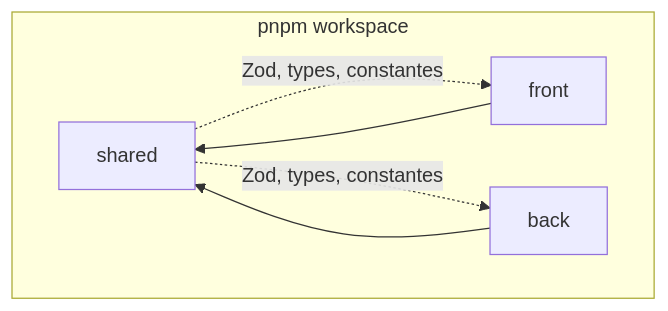
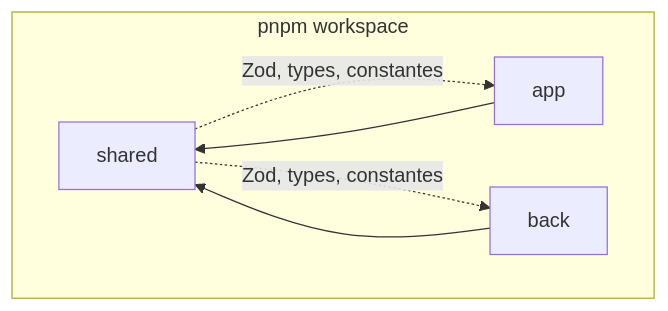
One commit to alice-444/ls_app changed the first of 4 diagrams in docs/arborescence.md. Above: the diagram before and after it, drawn with Mermaid. The commit also changed other lines of this file and 857 other files, not shown here.

````diff
--- a/docs/arborescence.md
+++ b/docs/arborescence.md
@@ -54,14 +54,14 @@
 ```mermaid
 flowchart TB
   subgraph Workspace["pnpm workspace"]
     shared["shared"]
-    front["front"]
+    app["app"]
     back["back"]
   end
 
-  front --> shared
+  app --> shared
   back --> shared
 
-  shared -.->|"Zod, types, constantes"| front
+  shared -.->|"Zod, types, constantes"| app
   shared -.->|"Zod, types, constantes"| back
 ```
````
